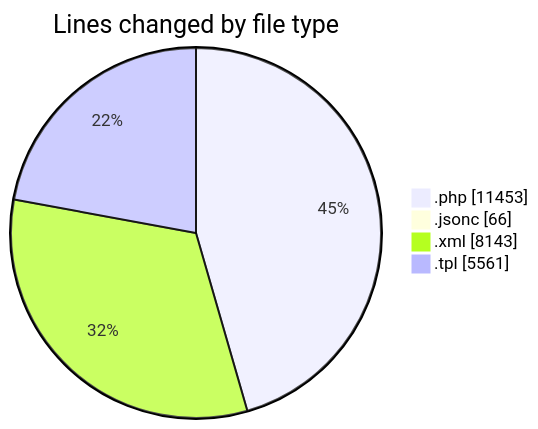
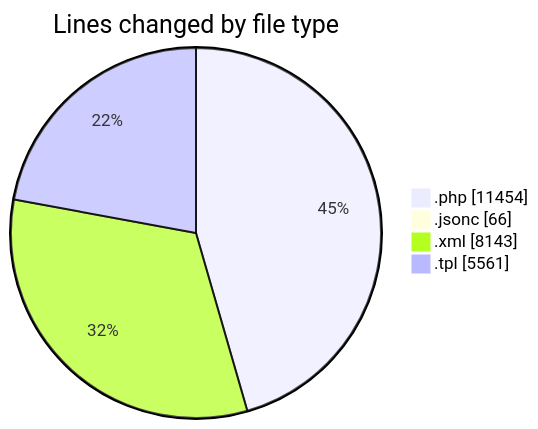
The first of 2 diagrams in 2025-09-06/shop/README.md (vahidmafi/code-tracking), drawn with Mermaid before and after one commit. The commit also changed other lines of this file and 1 other file, not shown here.

````diff
--- a/2025-09-06/shop/README.md
+++ b/2025-09-06/shop/README.md
@@ -35,8 +35,8 @@
 ```mermaid
 pie showData
 title Lines changed by file type
-".php" : 11453
+".php" : 11454
 ".jsonc" : 66
 ".xml" : 8143
 ".tpl" : 5561
 ```
````
